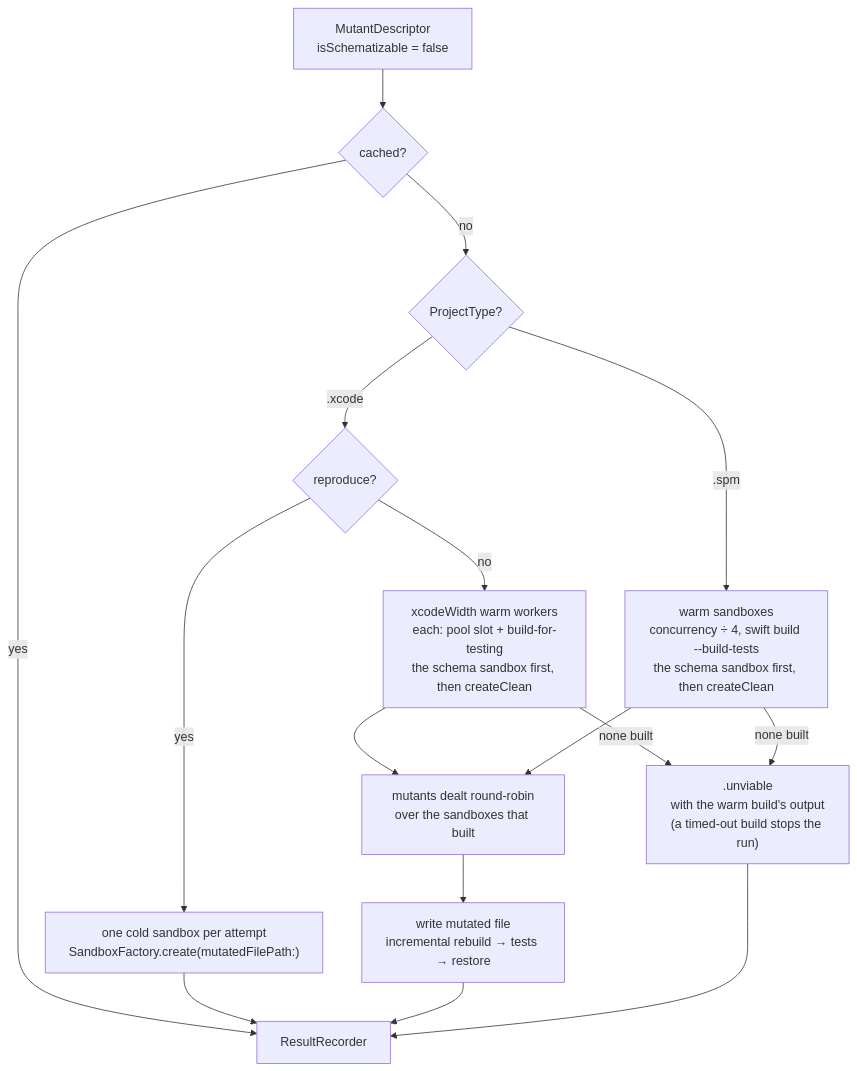
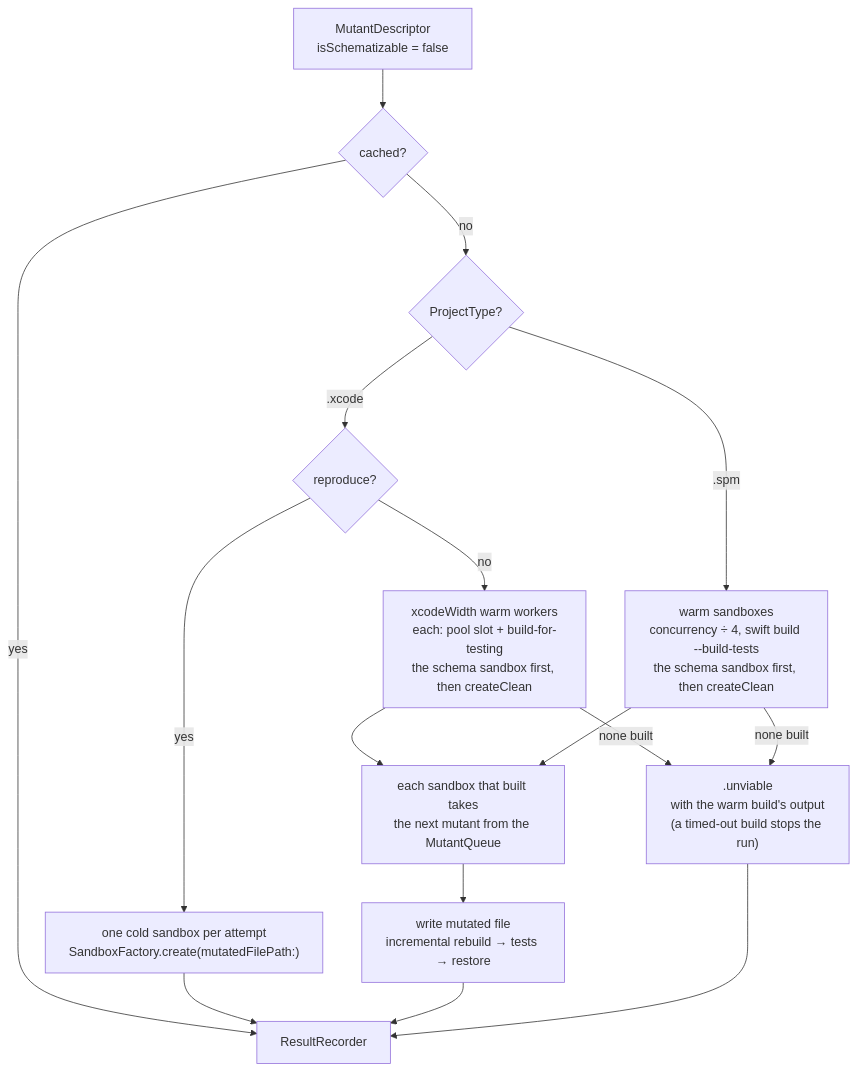
The fifth of 6 diagrams in Docs/Architecture/03-execution.md (ericodx/swift-mutation-testing), drawn with Mermaid before and after one commit. The commit also changed other lines of this file and 4 other files, not shown here.

Commit message:
docs: describe the mutant queue the warm sandboxes take incompatible mutants from, each starting as its own build is done, and the warm phase ending at the first ready sandbox

````diff
--- a/Docs/Architecture/03-execution.md
+++ b/Docs/Architecture/03-execution.md
@@ -217,18 +217,18 @@
 ```mermaid
 flowchart TD
     MUTANT["MutantDescriptor\nisSchematizable = false"] --> CACHE{cached?}
     CACHE -- yes --> REC[ResultRecorder]
     CACHE -- no --> PT{ProjectType?}
     PT -- .xcode --> REPRO{reproduce?}
     REPRO -- yes --> COLD["one cold sandbox per attempt\nSandboxFactory.create(mutatedFilePath:)"]
     REPRO -- no --> XW["xcodeWidth warm workers\neach: pool slot + build-for-testing\nthe schema sandbox first, then createClean"]
     PT -- .spm --> SW["warm sandboxes\nconcurrency ÷ 4, swift build --build-tests\nthe schema sandbox first, then createClean"]
     XW -- none built --> UNVIABLE[".unviable\nwith the warm build's output\n(a timed-out build stops the run)"]
     SW -- none built --> UNVIABLE
-    XW --> DEAL["mutants dealt round-robin\nover the sandboxes that built"]
+    XW --> DEAL["each sandbox that built takes\nthe next mutant from the MutantQueue"]
     SW --> DEAL
     DEAL --> WRITE["write mutated file\nincremental rebuild → tests → restore"]
     COLD --> REC
     WRITE --> REC
     UNVIABLE --> REC
 ```
````
